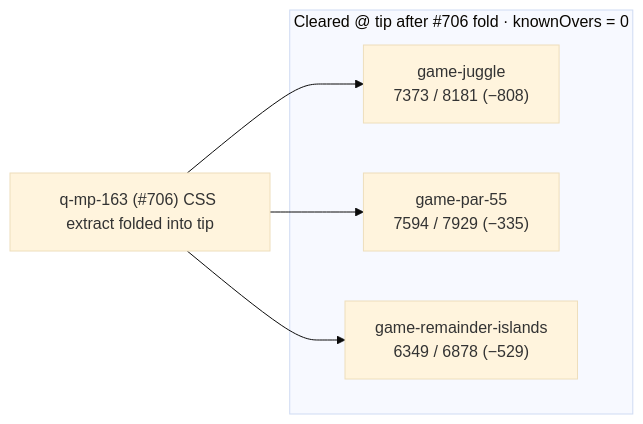
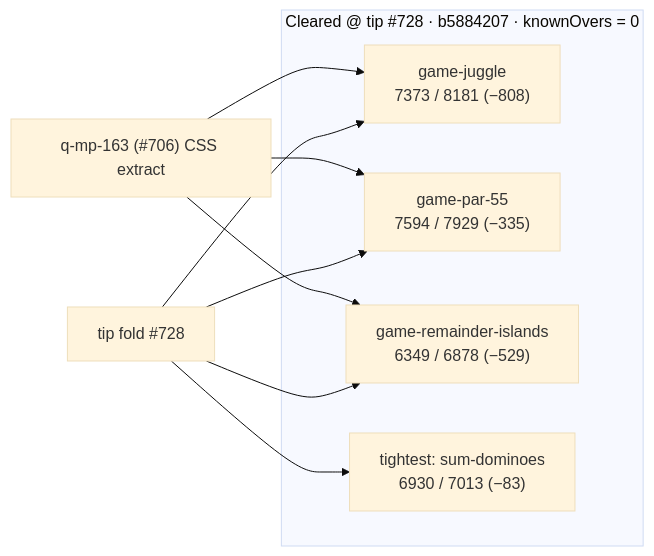
One commit to fuzzywigg/math-pentathlon changed the second of 2 diagrams in docs/dev/bundle-over-2026-10-09.md. Above: the diagram before and after it, drawn with Mermaid (base theme). The commit also changed other lines of this file and 63 other files, not shown here.

First line of the commit message:
q-mp-026g: tip fold onto cursor/mp-tip-post728 (#748)

````diff
--- a/docs/dev/bundle-over-2026-10-09.md
+++ b/docs/dev/bundle-over-2026-10-09.md
@@ -88,12 +123,18 @@
 ```mermaid
 flowchart LR
-  subgraph cleared ["Cleared @ tip after #706 fold · knownOvers = 0"]
+  subgraph cleared ["Cleared @ tip #728 · b5884207 · knownOvers = 0"]
     J["game-juggle<br/>7373 / 8181 (−808)"]
     P["game-par-55<br/>7594 / 7929 (−335)"]
     R["game-remainder-islands<br/>6349 / 6878 (−529)"]
+    S["tightest: sum-dominoes<br/>6930 / 7013 (−83)"]
   end
-  Trim["q-mp-163 (#706) CSS extract folded into tip"]
+  Trim["q-mp-163 (#706) CSS extract"]
+  Tip["tip fold #728"]
   Trim --> J
   Trim --> P
   Trim --> R
+  Tip --> J
+  Tip --> P
+  Tip --> R
+  Tip --> S
 ```
````
